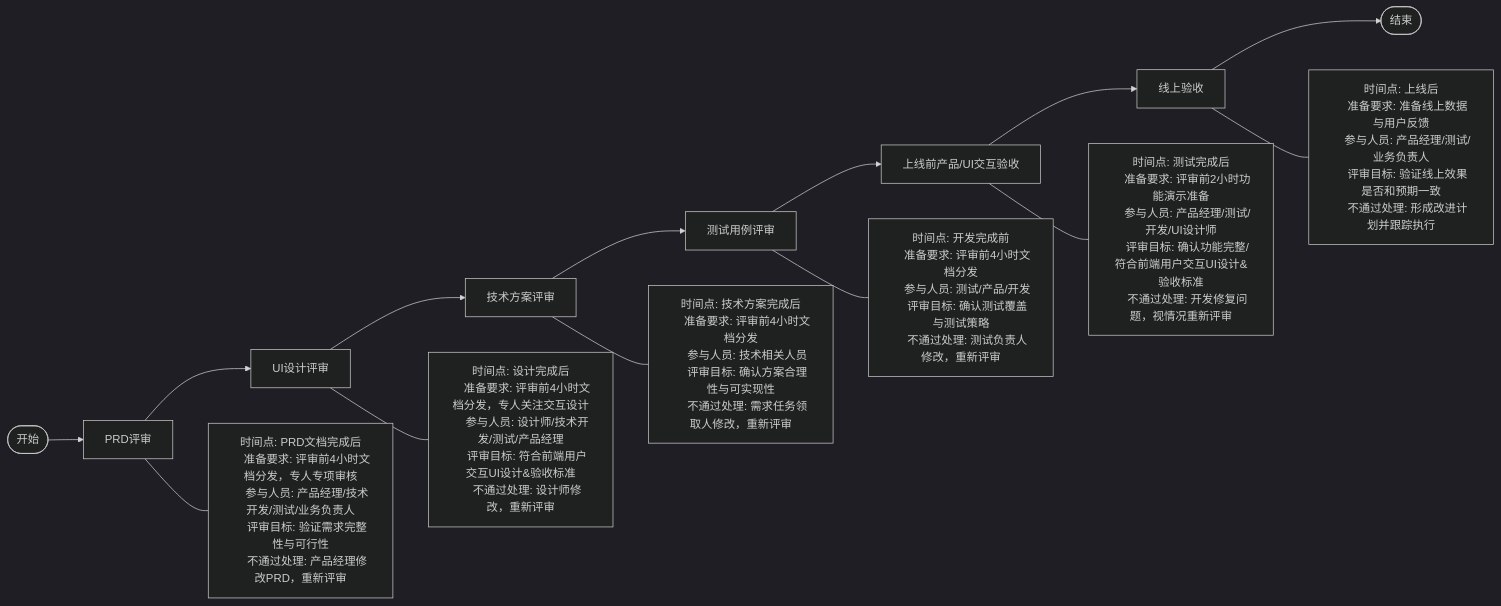
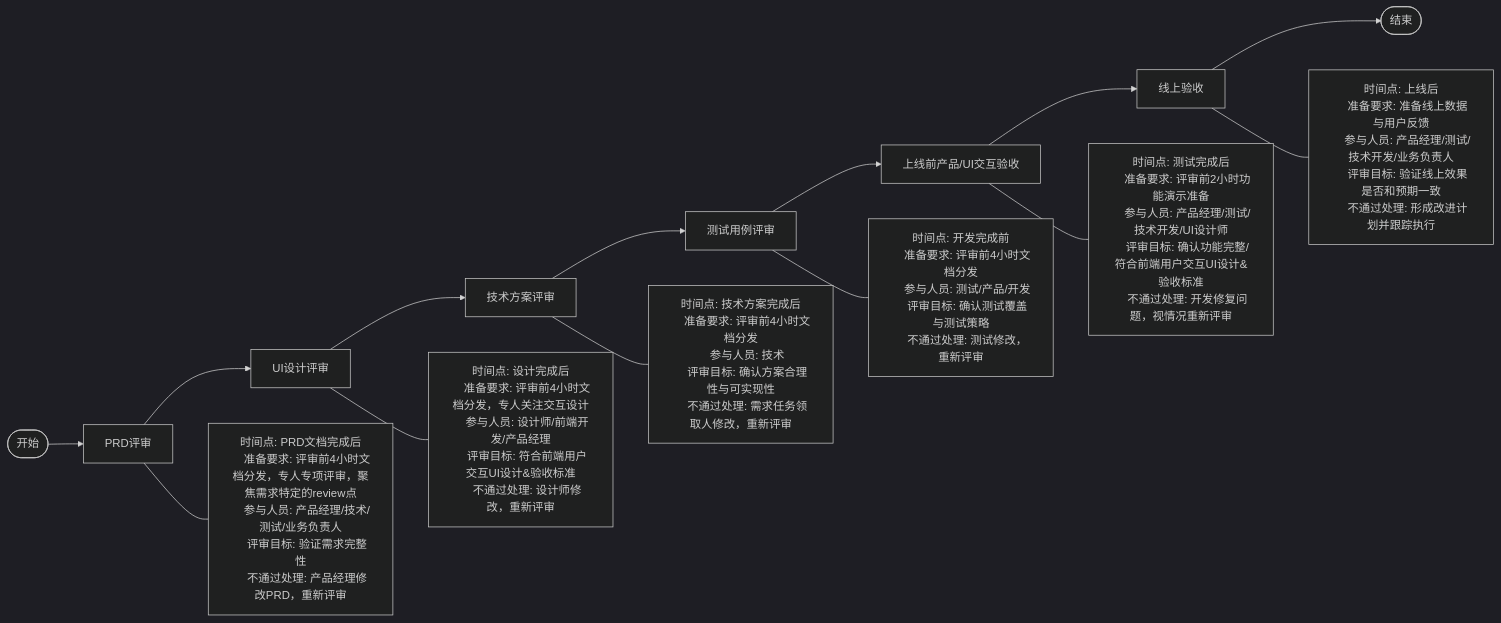
Before and after one commit to Taskon-xyz/PR: the first of 11 diagrams in 开发流程图.md, drawn with Mermaid (dark theme). The commit also changed other lines of this file and 2 other files, not shown here.

````diff
--- a/开发流程图.md
+++ b/开发流程图.md
@@ -5,47 +5,47 @@
 ```mermaid
 flowchart LR
     Start([开始]) --> PRD[PRD评审]
     PRD --> UI[UI设计评审]
     UI --> Tech[技术方案评审]
     Tech --> Test[测试用例评审]
     Test --> Launch[上线前产品/UI交互验收]
     Launch --> Online[线上验收]
     Online --> End([结束])
   
   
     PRD --- PRD_Info["时间点: PRD文档完成后
-    准备要求: 评审前4小时文档分发，专人专项审核
-    参与人员: 产品经理/技术开发/测试/业务负责人
-    评审目标: 验证需求完整性与可行性
+    准备要求: 评审前4小时文档分发，专人专项评审，聚焦需求特定的review点
+    参与人员: 产品经理/技术/测试/业务负责人
+    评审目标: 验证需求完整性
     不通过处理: 产品经理修改PRD，重新评审"]
   
     UI --- UI_Info["时间点: 设计完成后
     准备要求: 评审前4小时文档分发，专人关注交互设计
-    参与人员: 设计师/技术开发/测试/产品经理
+    参与人员: 设计师/前端开发/产品经理
     评审目标: 符合前端用户交互UI设计&验收标准
     不通过处理: 设计师修改，重新评审"]
   
     Tech --- Tech_Info["时间点: 技术方案完成后
     准备要求: 评审前4小时文档分发
-    参与人员: 技术相关人员
+    参与人员: 技术
     评审目标: 确认方案合理性与可实现性
     不通过处理: 需求任务领取人修改，重新评审"]
   
     Test --- Test_Info["时间点: 开发完成前
     准备要求: 评审前4小时文档分发
     参与人员: 测试/产品/开发
     评审目标: 确认测试覆盖与测试策略
-    不通过处理: 测试负责人修改，重新评审"]
+    不通过处理: 测试修改，重新评审"]
   
     Launch --- Launch_Info["时间点: 测试完成后
     准备要求: 评审前2小时功能演示准备
-    参与人员: 产品经理/测试/开发/UI设计师
+    参与人员: 产品经理/测试/技术开发/UI设计师
     评审目标: 确认功能完整/符合前端用户交互UI设计&验收标准
     不通过处理: 开发修复问题，视情况重新评审"]
   
     Online --- Online_Info["时间点: 上线后
     准备要求: 准备线上数据与用户反馈
-    参与人员: 产品经理/测试/业务负责人
+    参与人员: 产品经理/测试/技术开发/业务负责人
     评审目标: 验证线上效果是否和预期一致
     不通过处理: 形成改进计划并跟踪执行"]
 ```
````
